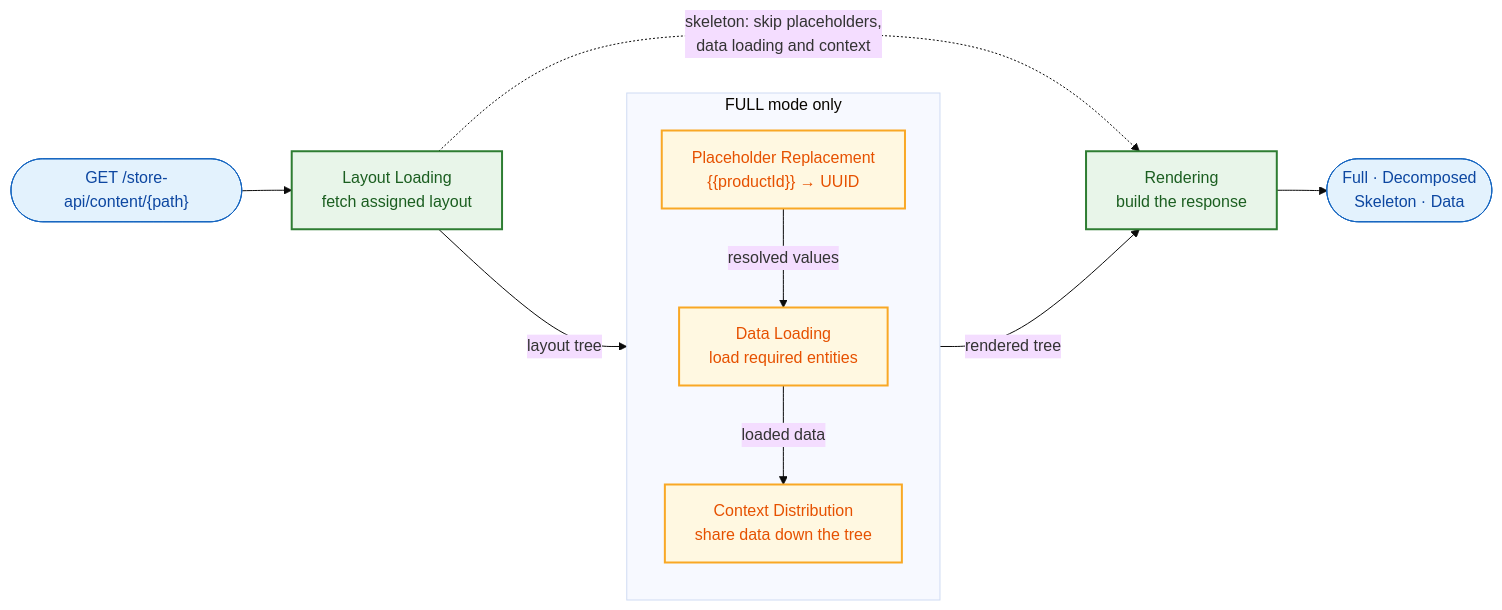
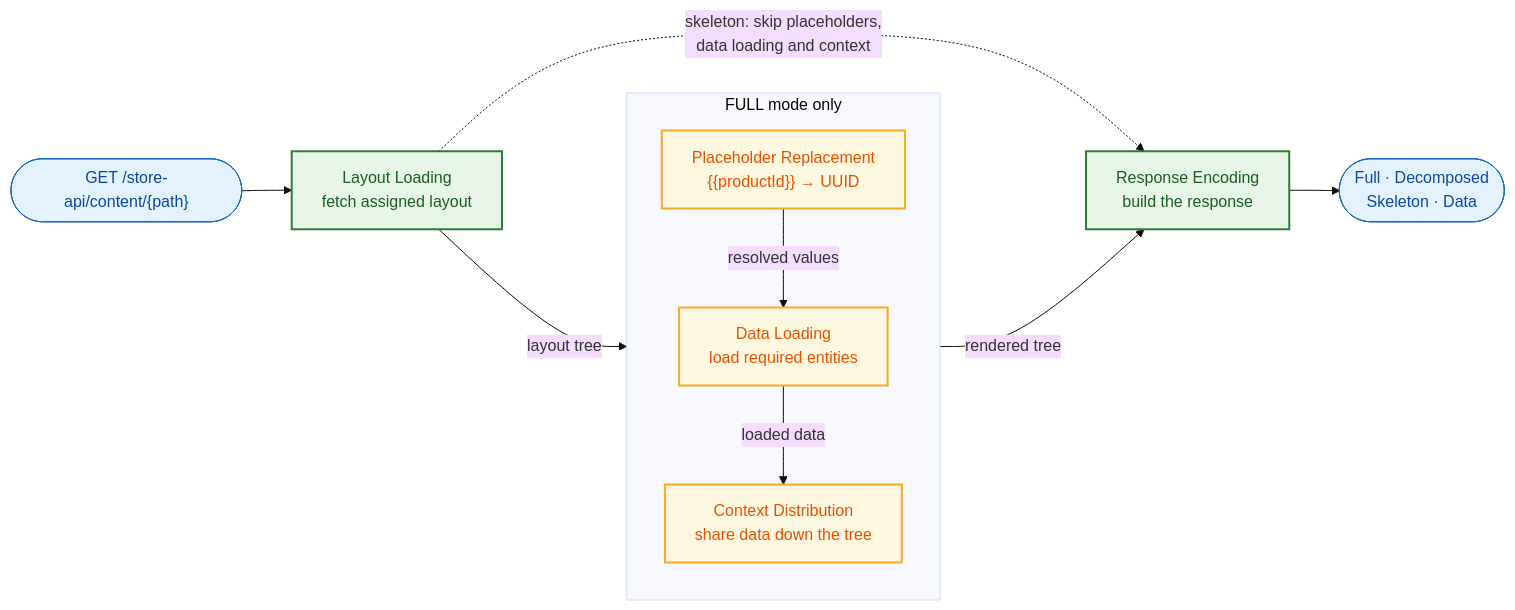
Before and after one commit to shopware/shopware: the diagram in src/Core/Framework/ContentSystem/docs/data-flow.md, drawn with Mermaid (base theme). The commit also changed 23 other files, not shown here.

````diff
--- a/src/Core/Framework/ContentSystem/docs/data-flow.md
+++ b/src/Core/Framework/ContentSystem/docs/data-flow.md
@@ -5,30 +5,30 @@
 ```mermaid
 graph LR
     REQ(["GET /store-api/content/{path}"]) --> A
 
     A["Layout Loading<br/>fetch assigned layout"]
 
     subgraph FULLONLY["FULL mode only"]
         direction TB
         B["Placeholder Replacement<br/>{{productId}} → UUID"]
         C["Data Loading<br/>load required entities"]
         D["Context Distribution<br/>share data down the tree"]
         B -- "resolved values" --> C
         C -- "loaded data" --> D
     end
 
-    E["Rendering<br/>build the response"]
+    E["Response Encoding<br/>build the response"]
     RES(["Full · Decomposed<br/>Skeleton · Data"])
 
     A -- "layout tree" --> B
     D -- "rendered tree" --> E
     E --> RES
     A -. "skeleton: skip placeholders,<br/>data loading and context" .-> E
 
     classDef io fill:#e3f2fd,stroke:#1565c0,stroke-width:1px,color:#0d47a1
     classDef step fill:#e8f5e9,stroke:#2e7d32,stroke-width:2px,color:#1b5e20
     classDef hydr fill:#fff8e1,stroke:#f9a825,stroke-width:2px,color:#e65100
     class REQ,RES io
     class A,E step
     class B,C,D hydr
 ```
````
